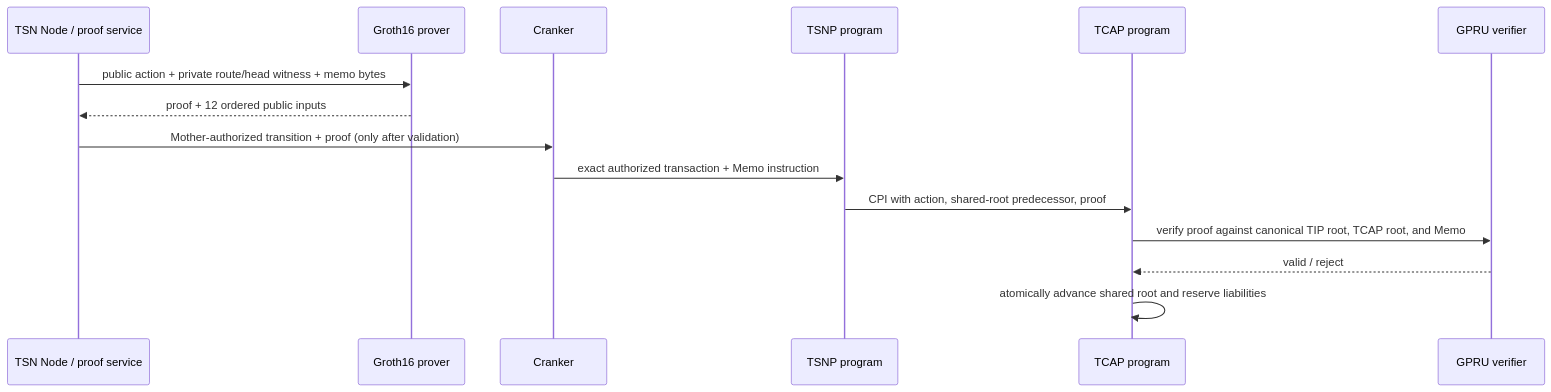
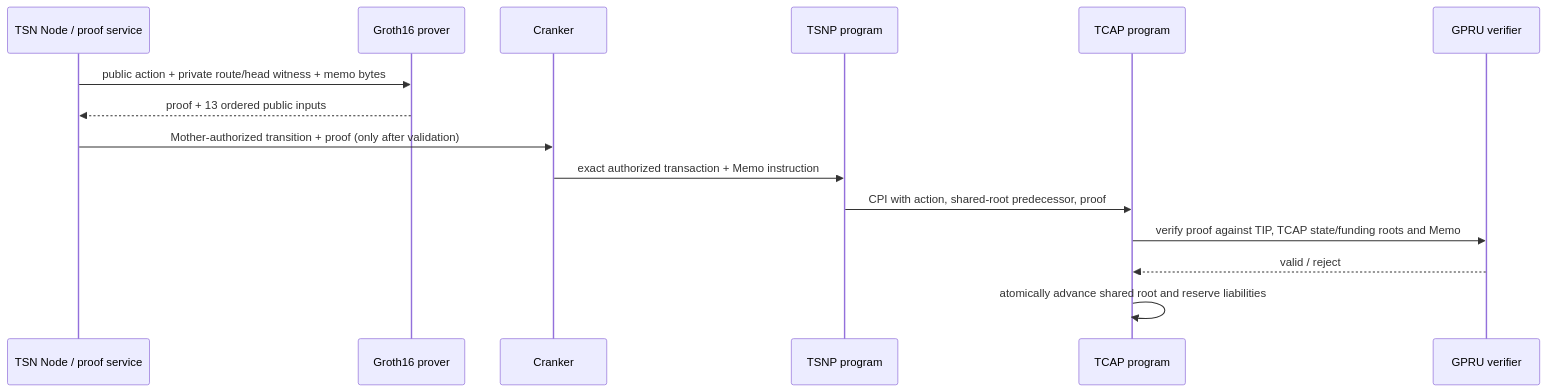
Before and after one commit to bigdreamsweb3/trustlink-pay: the diagram in docs/GROTH16-PROVER-AND-KEY-ARTIFACTS.md, drawn with Mermaid. The commit also changed other lines of this file and 232 other files, not shown here.

````diff
--- a/docs/GROTH16-PROVER-AND-KEY-ARTIFACTS.md
+++ b/docs/GROTH16-PROVER-AND-KEY-ARTIFACTS.md
@@ -101,17 +102,17 @@
 ```mermaid
 sequenceDiagram
     participant N as TSN Node / proof service
     participant P as Groth16 prover
     participant C as Cranker
     participant S as TSNP program
     participant T as TCAP program
     participant G as GPRU verifier
     N->>P: public action + private route/head witness + memo bytes
-    P-->>N: proof + 12 ordered public inputs
+    P-->>N: proof + 13 ordered public inputs
     N->>C: Mother-authorized transition + proof (only after validation)
     C->>S: exact authorized transaction + Memo instruction
     S->>T: CPI with action, shared-root predecessor, proof
-    T->>G: verify proof against canonical TIP root, TCAP root, and Memo
+    T->>G: verify proof against TIP, TCAP state/funding roots and Memo
     G-->>T: valid / reject
     T->>T: atomically advance shared root and reserve liabilities
 ```
````
